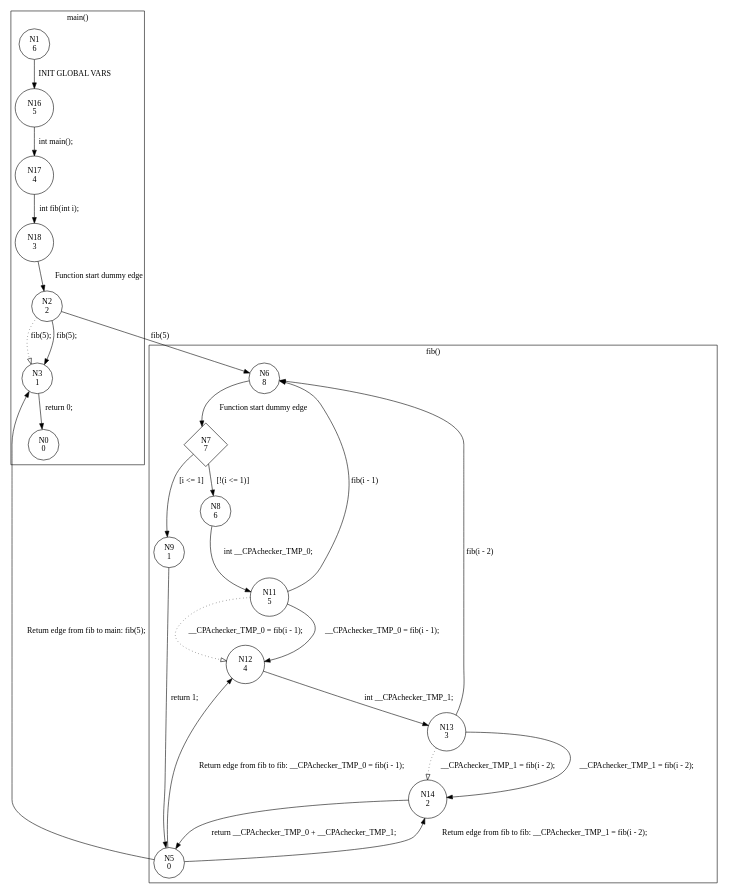
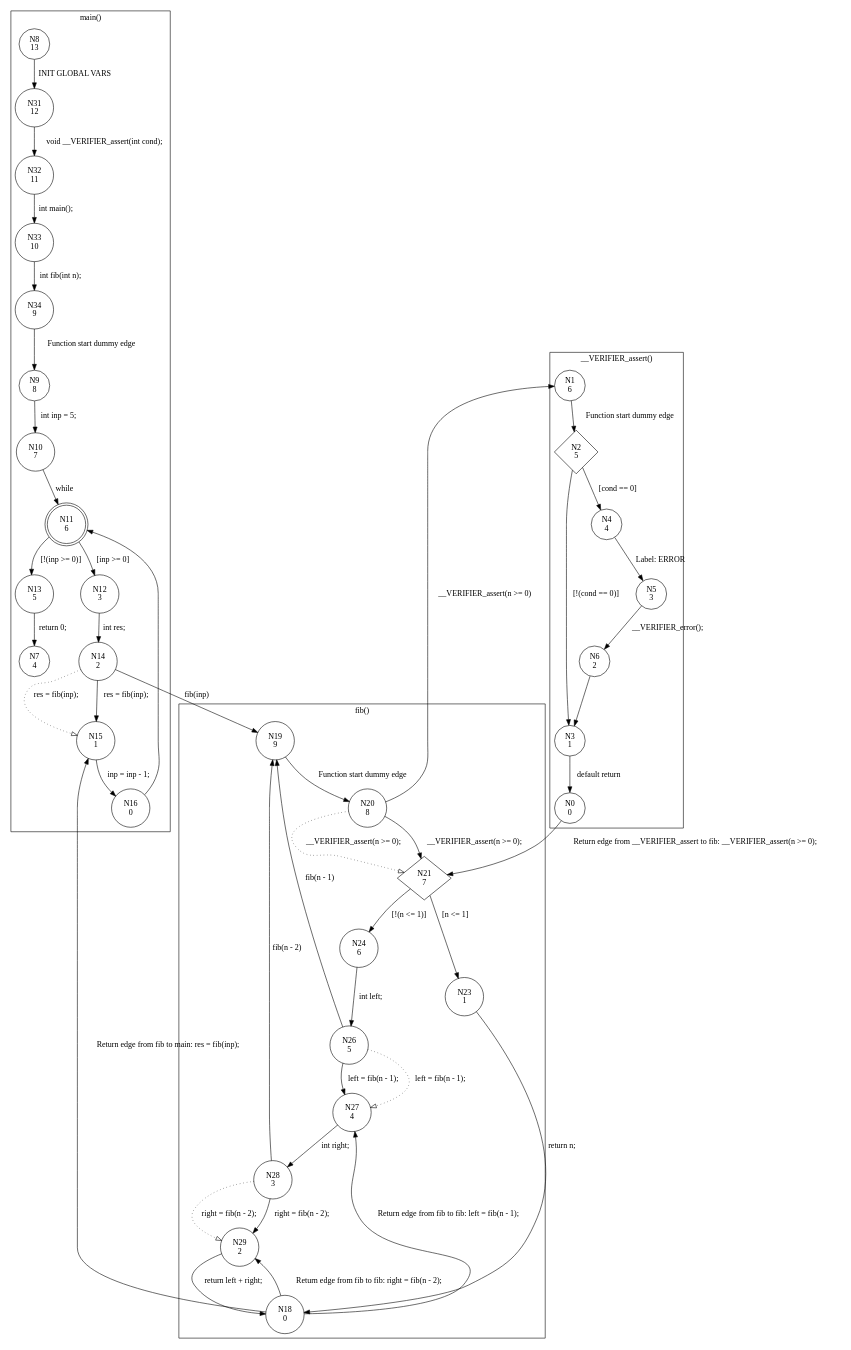
The diagram in serving/output/cfa.dot (cedricrupb/NeuralAlgorithmSelection), drawn with Graphviz before and after one commit. The commit also changed 140 other files, not shown here.

```diff
--- a/serving/output/cfa.dot
+++ b/serving/output/cfa.dot
@@ -1,46 +1,82 @@
 digraph CFA {
+8 [shape="circle" label="N8\n13"]
+31 [shape="circle" label="N31\n12"]
+32 [shape="circle" label="N32\n11"]
+33 [shape="circle" label="N33\n10"]
+34 [shape="circle" label="N34\n9"]
+9 [shape="circle" label="N9\n8"]
+10 [shape="circle" label="N10\n7"]
+11 [shape="doublecircle" label="N11\n6"]
+13 [shape="circle" label="N13\n5"]
+7 [shape="circle" label="N7\n4"]
+12 [shape="circle" label="N12\n3"]
+14 [shape="circle" label="N14\n2"]
+19 [shape="circle" label="N19\n9"]
+20 [shape="circle" label="N20\n8"]
 1 [shape="circle" label="N1\n6"]
-16 [shape="circle" label="N16\n5"]
-17 [shape="circle" label="N17\n4"]
-18 [shape="circle" label="N18\n3"]
-2 [shape="circle" label="N2\n2"]
-6 [shape="circle" label="N6\n8"]
-7 [shape="diamond" label="N7\n7"]
-8 [shape="circle" label="N8\n6"]
-11 [shape="circle" label="N11\n5"]
-12 [shape="circle" label="N12\n4"]
-13 [shape="circle" label="N13\n3"]
-14 [shape="circle" label="N14\n2"]
-5 [shape="circle" label="N5\n0"]
+2 [shape="diamond" label="N2\n5"]
 3 [shape="circle" label="N3\n1"]
 0 [shape="circle" label="N0\n0"]
-9 [shape="circle" label="N9\n1"]
+21 [shape="diamond" label="N21\n7"]
+24 [shape="circle" label="N24\n6"]
+26 [shape="circle" label="N26\n5"]
+27 [shape="circle" label="N27\n4"]
+28 [shape="circle" label="N28\n3"]
+29 [shape="circle" label="N29\n2"]
+18 [shape="circle" label="N18\n0"]
+15 [shape="circle" label="N15\n1"]
+16 [shape="circle" label="N16\n0"]
+23 [shape="circle" label="N23\n1"]
+4 [shape="circle" label="N4\n4"]
+5 [shape="circle" label="N5\n3"]
+6 [shape="circle" label="N6\n2"]
 node [shape="circle"]
+subgraph cluster___VERIFIER_assert {
+label="__VERIFIER_assert()"
+1 -> 2 [label="Function start dummy edge"]
+2 -> 4 [label="[cond == 0]"]
+2 -> 3 [label="[!(cond == 0)]"]
+3 -> 0 [label="default return"]
+4 -> 5 [label="Label: ERROR"]
+5 -> 6 [label="__VERIFIER_error();"]
+6 -> 3 [label=""]}
 subgraph cluster_fib {
 label="fib()"
-6 -> 7 [label="Function start dummy edge"]
-7 -> 9 [label="[i <= 1]"]
-7 -> 8 [label="[!(i <= 1)]"]
-8 -> 11 [label="int __CPAchecker_TMP_0;"]
-11 -> 12 [label="__CPAchecker_TMP_0 = fib(i - 1);" style="dotted" arrowhead="empty"]
-11 -> 12 [label="__CPAchecker_TMP_0 = fib(i - 1);"]
-12 -> 13 [label="int __CPAchecker_TMP_1;"]
-13 -> 14 [label="__CPAchecker_TMP_1 = fib(i - 2);" style="dotted" arrowhead="empty"]
-13 -> 14 [label="__CPAchecker_TMP_1 = fib(i - 2);"]
-14 -> 5 [label="return __CPAchecker_TMP_0 + __CPAchecker_TMP_1;"]
-9 -> 5 [label="return 1;"]}
+19 -> 20 [label="Function start dummy edge"]
+20 -> 21 [label="__VERIFIER_assert(n >= 0);" style="dotted" arrowhead="empty"]
+20 -> 21 [label="__VERIFIER_assert(n >= 0);"]
+21 -> 23 [label="[n <= 1]"]
+21 -> 24 [label="[!(n <= 1)]"]
+24 -> 26 [label="int left;"]
+26 -> 27 [label="left = fib(n - 1);" style="dotted" arrowhead="empty"]
+26 -> 27 [label="left = fib(n - 1);"]
+27 -> 28 [label="int right;"]
+28 -> 29 [label="right = fib(n - 2);" style="dotted" arrowhead="empty"]
+28 -> 29 [label="right = fib(n - 2);"]
+29 -> 18 [label="return left + right;"]
+23 -> 18 [label="return n;"]}
 subgraph cluster_main {
 label="main()"
-1 -> 16 [label="INIT GLOBAL VARS"]
-16 -> 17 [label="int main();"]
-17 -> 18 [label="int fib(int i);"]
-18 -> 2 [label="Function start dummy edge"]
-2 -> 3 [label="fib(5);" style="dotted" arrowhead="empty"]
-2 -> 3 [label="fib(5);"]
-3 -> 0 [label="return 0;"]}
-2 -> 6 [label="fib(5)"]
-11 -> 6 [label="fib(i - 1)"]
-13 -> 6 [label="fib(i - 2)"]
-5 -> 12 [label="Return edge from fib to fib: __CPAchecker_TMP_0 = fib(i - 1);"]
-5 -> 14 [label="Return edge from fib to fib: __CPAchecker_TMP_1 = fib(i - 2);"]
-5 -> 3 [label="Return edge from fib to main: fib(5);"]}
+8 -> 31 [label="INIT GLOBAL VARS"]
+31 -> 32 [label="void __VERIFIER_assert(int cond);"]
+32 -> 33 [label="int main();"]
+33 -> 34 [label="int fib(int n);"]
+34 -> 9 [label="Function start dummy edge"]
+9 -> 10 [label="int inp = 5;"]
+10 -> 11 [label="while"]
+11 -> 12 [label="[inp >= 0]"]
+11 -> 13 [label="[!(inp >= 0)]"]
+13 -> 7 [label="return 0;"]
+12 -> 14 [label="int res;"]
+14 -> 15 [label="res = fib(inp);" style="dotted" arrowhead="empty"]
+14 -> 15 [label="res = fib(inp);"]
+15 -> 16 [label="inp = inp - 1;"]
+16 -> 11 [label=""]}
+14 -> 19 [label="fib(inp)"]
+20 -> 1 [label="__VERIFIER_assert(n >= 0)"]
+0 -> 21 [label="Return edge from __VERIFIER_assert to fib: __VERIFIER_assert(n >= 0);"]
+26 -> 19 [label="fib(n - 1)"]
+28 -> 19 [label="fib(n - 2)"]
+18 -> 27 [label="Return edge from fib to fib: left = fib(n - 1);"]
+18 -> 29 [label="Return edge from fib to fib: right = fib(n - 2);"]
+18 -> 15 [label="Return edge from fib to main: res = fib(inp);"]}
```
